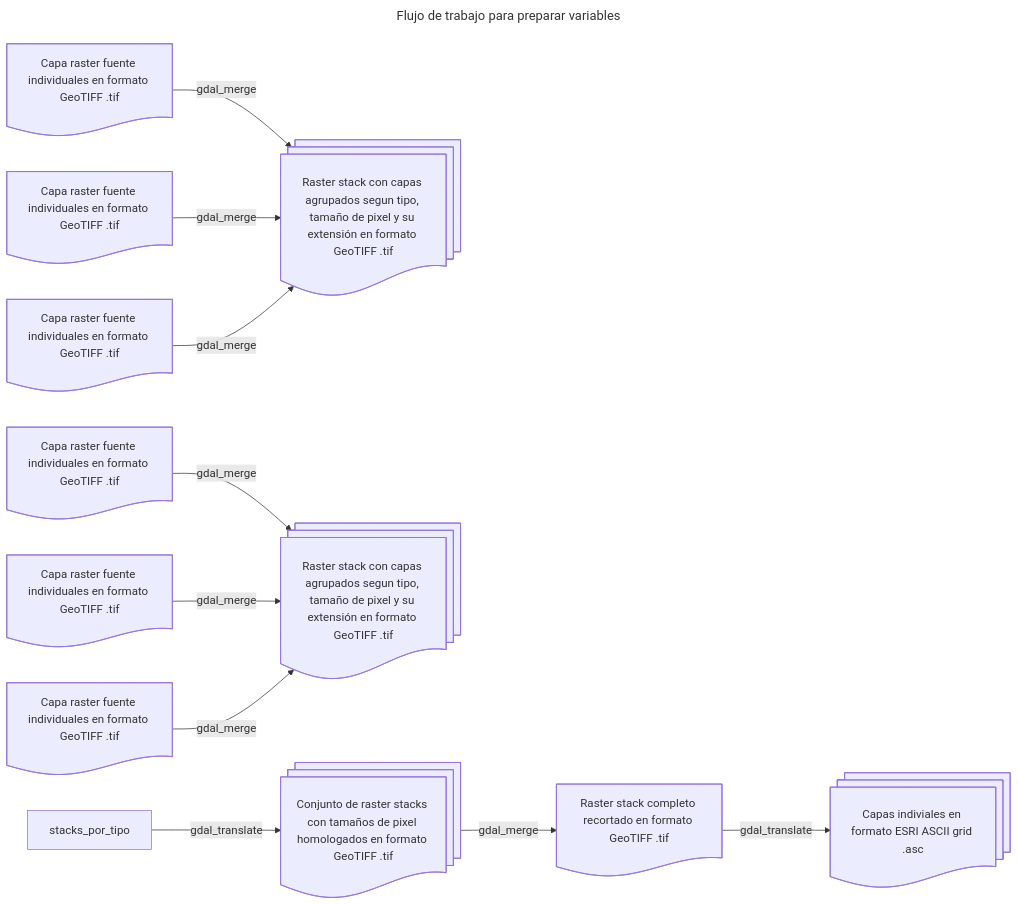
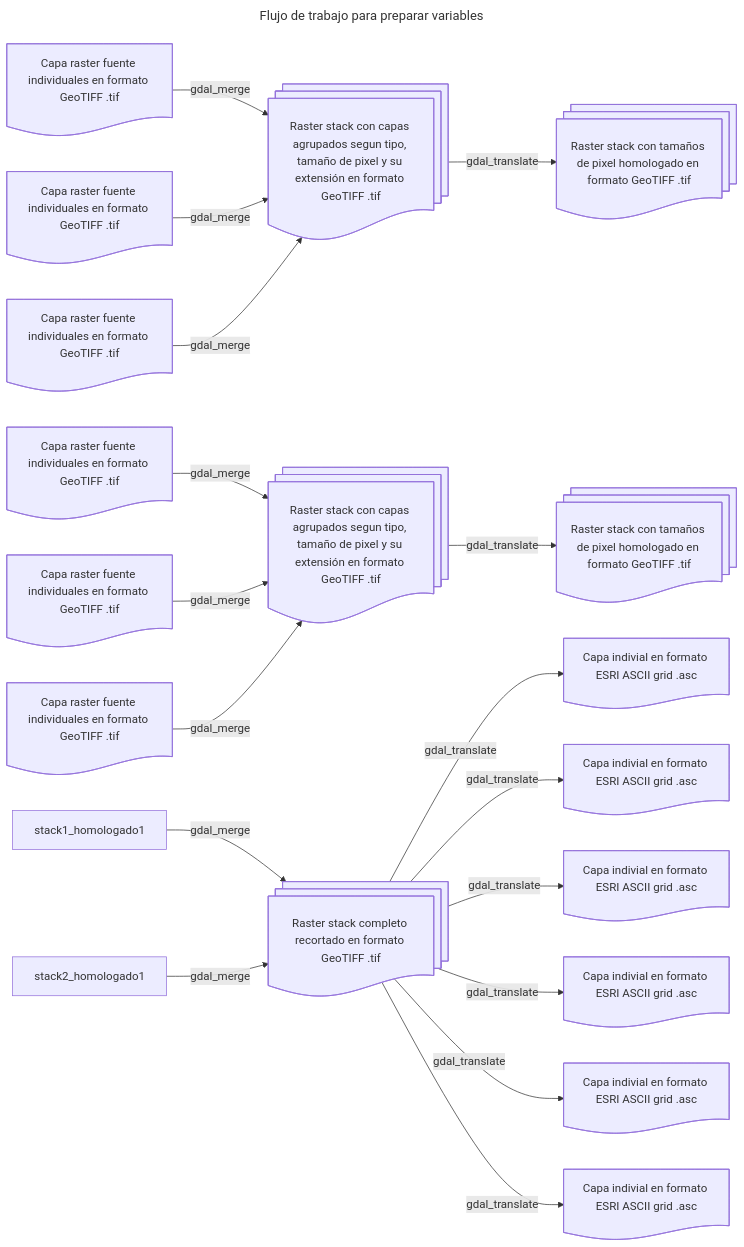
One commit to vshalisko/SDM changed the diagram in 2025_variables/variable_workflow.mermaid. Above: the diagram before and after it, drawn with Mermaid.

```diff
--- a/2025_variables/variable_workflow.mermaid
+++ b/2025_variables/variable_workflow.mermaid
@@ -1,24 +1,37 @@
 ---
 title: Flujo de trabajo para preparar variables
 ---
 flowchart LR
   raster_fuente1@{shape: doc, label: "Capa raster fuente individuales en formato GeoTIFF .tif"}
   raster_fuente2@{shape: doc, label: "Capa raster fuente individuales en formato GeoTIFF .tif"}
   raster_fuente3@{shape: doc, label: "Capa raster fuente individuales en formato GeoTIFF .tif"}
   raster_fuente4@{shape: doc, label: "Capa raster fuente individuales en formato GeoTIFF .tif"}
   raster_fuente5@{shape: doc, label: "Capa raster fuente individuales en formato GeoTIFF .tif"}
   raster_fuente6@{shape: doc, label: "Capa raster fuente individuales en formato GeoTIFF .tif"}
   stack_por_tipo1@{shape: docs, label: "Raster stack con capas agrupados segun tipo, tamaño de pixel y su extensión en formato GeoTIFF .tif"}
   stack_por_tipo2@{shape: docs, label: "Raster stack con capas agrupados segun tipo, tamaño de pixel y su extensión en formato GeoTIFF .tif"}
-  stacks_homologados@{shape: docs, label: "Conjunto de raster stacks con tamaños de pixel homologados en formato GeoTIFF .tif"}
-  stack_completo@{shape: doc, label: "Raster stack completo recortado en formato GeoTIFF .tif"}
-  asc@{shape: docs, label: "Capas indiviales en formato ESRI ASCII grid .asc"}
+  stack_homologado1@{shape: docs, label: "Raster stack con tamaños de pixel homologado en formato GeoTIFF .tif"}
+  stack_homologado2@{shape: docs, label: "Raster stack con tamaños de pixel homologado en formato GeoTIFF .tif"}
+  stack_completo@{shape: docs, label: "Raster stack completo recortado en formato GeoTIFF .tif"}
+  asc1@{shape: doc, label: "Capa indivial en formato ESRI ASCII grid .asc"}
+  asc2@{shape: doc, label: "Capa indivial en formato ESRI ASCII grid .asc"}
+  asc3@{shape: doc, label: "Capa indivial en formato ESRI ASCII grid .asc"}
+  asc4@{shape: doc, label: "Capa indivial en formato ESRI ASCII grid .asc"}
+  asc5@{shape: doc, label: "Capa indivial en formato ESRI ASCII grid .asc"}
+  asc6@{shape: doc, label: "Capa indivial en formato ESRI ASCII grid .asc"}
   raster_fuente1 --gdal_merge--> stack_por_tipo1 
   raster_fuente2 --gdal_merge--> stack_por_tipo1 
   raster_fuente3 --gdal_merge--> stack_por_tipo1 
   raster_fuente4 --gdal_merge--> stack_por_tipo2 
   raster_fuente5 --gdal_merge--> stack_por_tipo2 
   raster_fuente6 --gdal_merge--> stack_por_tipo2 
-  stacks_por_tipo --gdal_translate--> stacks_homologados
-  stacks_homologados --gdal_merge--> stack_completo
-  stack_completo --gdal_translate--> asc 
+  stack_por_tipo1 --gdal_translate--> stack_homologado1
+  stack_por_tipo2 --gdal_translate--> stack_homologado2
+  stack1_homologado1 --gdal_merge--> stack_completo
+  stack2_homologado1 --gdal_merge--> stack_completo
+  stack_completo --gdal_translate--> asc1 
+  stack_completo --gdal_translate--> asc2 
+  stack_completo --gdal_translate--> asc3 
+  stack_completo --gdal_translate--> asc4 
+  stack_completo --gdal_translate--> asc5 
+  stack_completo --gdal_translate--> asc6 
```
